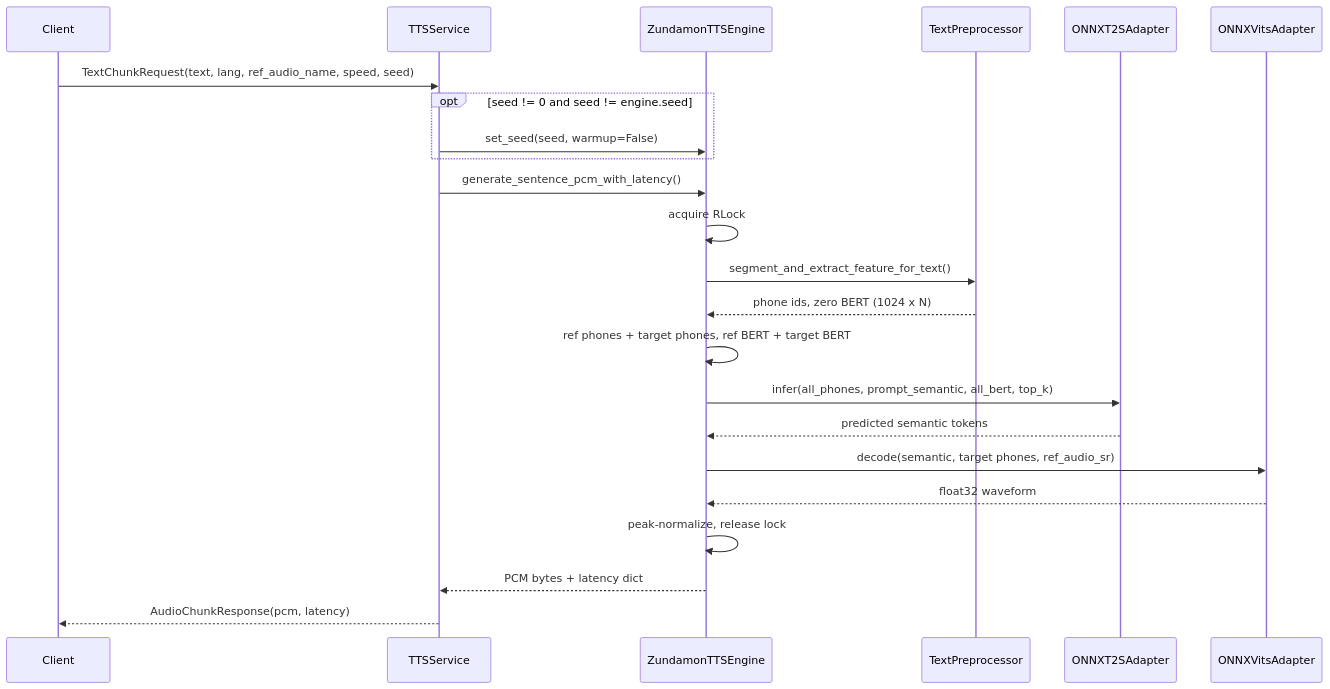
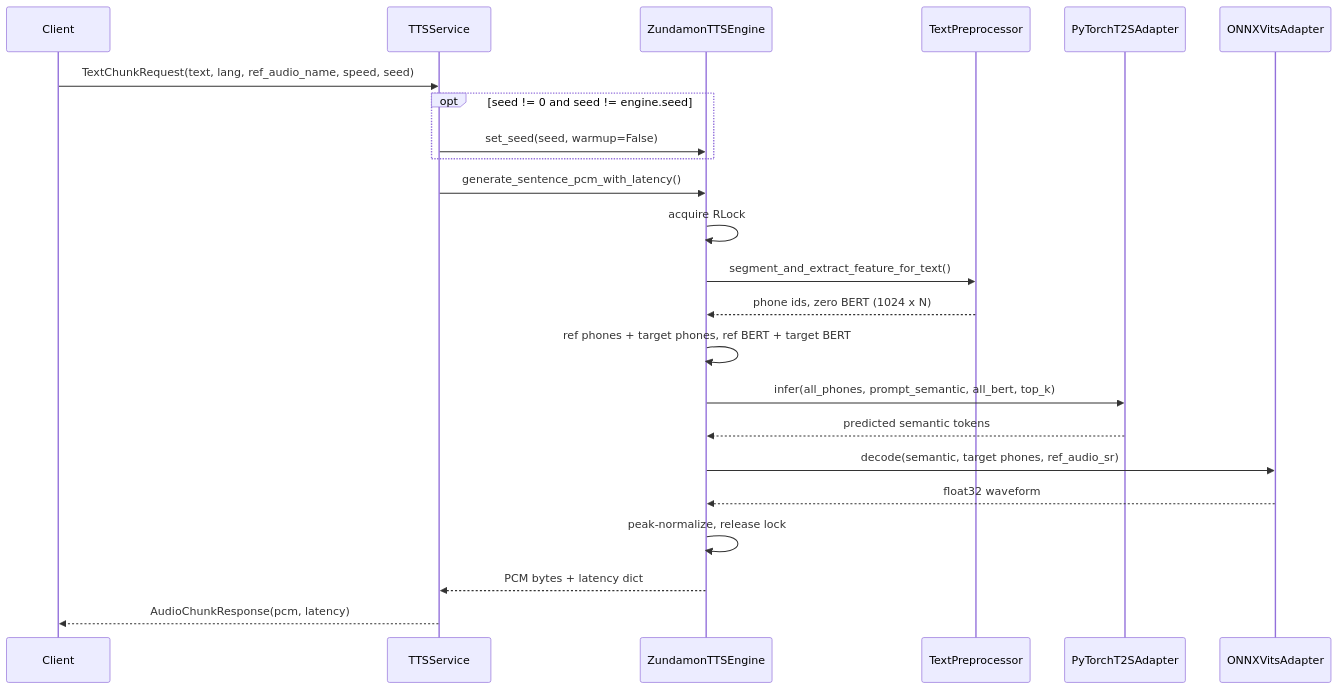
One commit to dodo701/voiceger-for-cloud changed the second of 4 diagrams in AGENTS.md. Above: the diagram before and after it, drawn with Mermaid. The commit also changed other lines of this file and 16 other files, not shown here.

````diff
--- a/AGENTS.md
+++ b/AGENTS.md
@@ -73,26 +74,26 @@
 ```mermaid
 sequenceDiagram
     participant C as Client
     participant S as TTSService
     participant E as ZundamonTTSEngine
     participant P as TextPreprocessor
-    participant G as ONNXT2SAdapter
+    participant G as PyTorchT2SAdapter
     participant V as ONNXVitsAdapter
 
     C->>S: TextChunkRequest(text, lang, ref_audio_name, speed, seed)
     opt seed != 0 and seed != engine.seed
         S->>E: set_seed(seed, warmup=False)
     end
     S->>E: generate_sentence_pcm_with_latency()
     E->>E: acquire RLock
     E->>P: segment_and_extract_feature_for_text()
     P-->>E: phone ids, zero BERT (1024 x N)
     E->>E: ref phones + target phones, ref BERT + target BERT
     E->>G: infer(all_phones, prompt_semantic, all_bert, top_k)
     G-->>E: predicted semantic tokens
     E->>V: decode(semantic, target phones, ref_audio_sr)
     V-->>E: float32 waveform
     E->>E: peak-normalize, release lock
     E-->>S: PCM bytes + latency dict
     S-->>C: AudioChunkResponse(pcm, latency)
 ```
````
